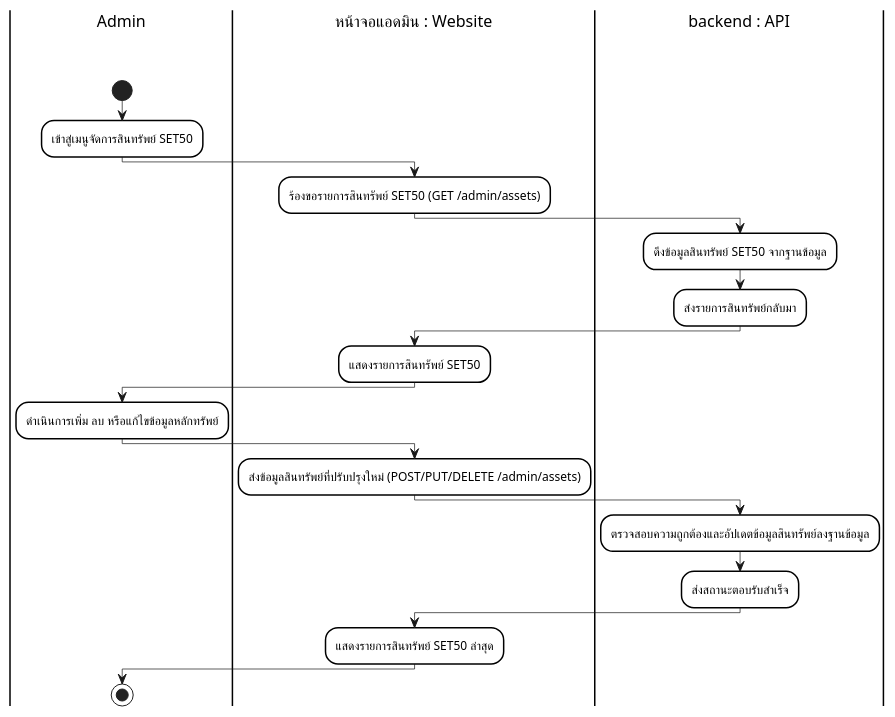
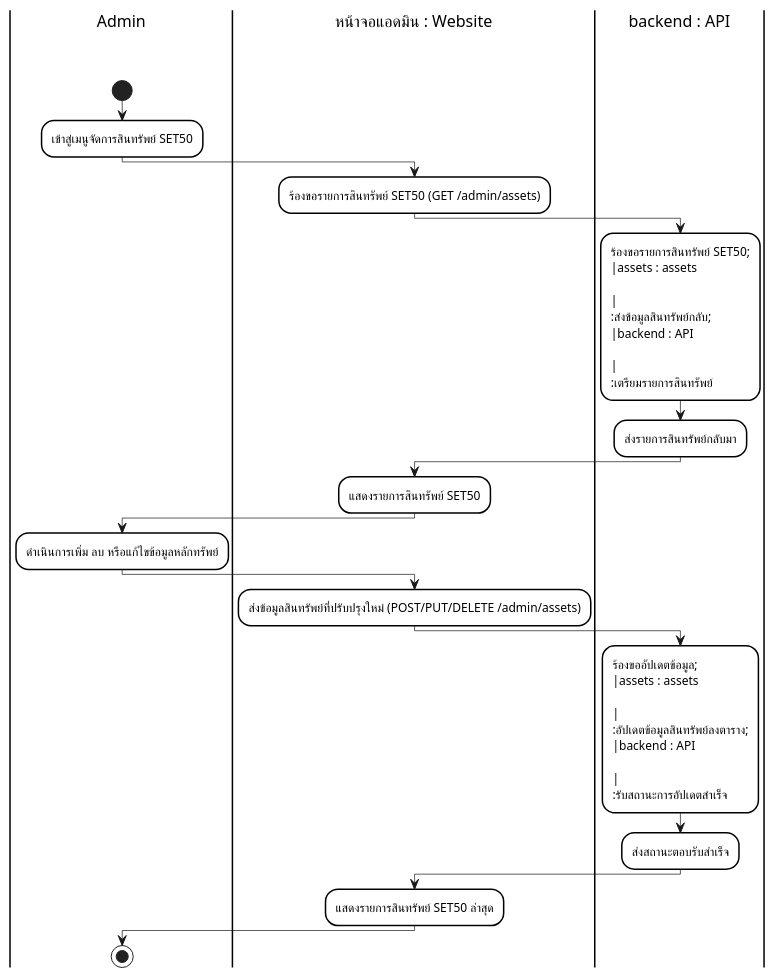
Before and after one commit to Anatta-at/my-portfolio-app: diagram 15 of 15 in docs/diagrams/plantuml_source/plantuml_activity_diagrams.md, drawn with PlantUML. The commit also changed other lines of this file and 20 other files, not shown here.

Commit message:
docs: Update diagrams to use specific DB table swimlanes and participants based on new schema

````diff
--- a/docs/diagrams/plantuml_source/plantuml_activity_diagrams.md
+++ b/docs/diagrams/plantuml_source/plantuml_activity_diagrams.md
@@ -643,43 +643,43 @@
 ```plantuml
 @startuml
 skinparam monochrome true
 skinparam shadowing false
 skinparam backgroundcolor white
 skinparam ranksep 50
 
 skinparam SwimlaneBorderColor black
 skinparam SwimlaneBorderThickness 1.5
 skinparam SwimlaneBackgroundColor white
 skinparam SwimlaneTitleBackgroundColor white
 skinparam SwimlaneTitleFontColor black
 skinparam SwimlaneTitleFontSize 16
 skinparam SwimlaneTitleFontName Arial
 
 skinparam ActivityBackgroundColor white
 skinparam ActivityBorderColor black
 skinparam ActivityBorderThickness 1.5
 skinparam ArrowThickness 0.7
 
 |Admin\n\n|
 start
 :เข้าสู่เมนูจัดการสินทรัพย์ SET50;
 |หน้าจอแอดมิน : Website\n\n|
 :ร้องขอรายการสินทรัพย์ SET50 (GET /admin/assets);
 |backend : API\n\n|
-:ดึงข้อมูลสินทรัพย์ SET50 จากฐานข้อมูล;
+:ร้องขอรายการสินทรัพย์ SET50;\n|assets : assets\n\n|\n:ส่งข้อมูลสินทรัพย์กลับ;\n|backend : API\n\n|\n:เตรียมรายการสินทรัพย์;
 :ส่งรายการสินทรัพย์กลับมา;
 |หน้าจอแอดมิน : Website\n\n|
 :แสดงรายการสินทรัพย์ SET50;
 |Admin\n\n|
 :ดำเนินการเพิ่ม ลบ หรือแก้ไขข้อมูลหลักทรัพย์;
 |หน้าจอแอดมิน : Website\n\n|
 :ส่งข้อมูลสินทรัพย์ที่ปรับปรุงใหม่ (POST/PUT/DELETE /admin/assets);
 |backend : API\n\n|
-:ตรวจสอบความถูกต้องและอัปเดตข้อมูลสินทรัพย์ลงฐานข้อมูล;
+:ร้องขออัปเดตข้อมูล;\n|assets : assets\n\n|\n:อัปเดตข้อมูลสินทรัพย์ลงตาราง;\n|backend : API\n\n|\n:รับสถานะการอัปเดตสำเร็จ;
 :ส่งสถานะตอบรับสำเร็จ;
 |หน้าจอแอดมิน : Website\n\n|
 :แสดงรายการสินทรัพย์ SET50 ล่าสุด;
 |Admin\n\n|
 stop
 @enduml
 ```
````
